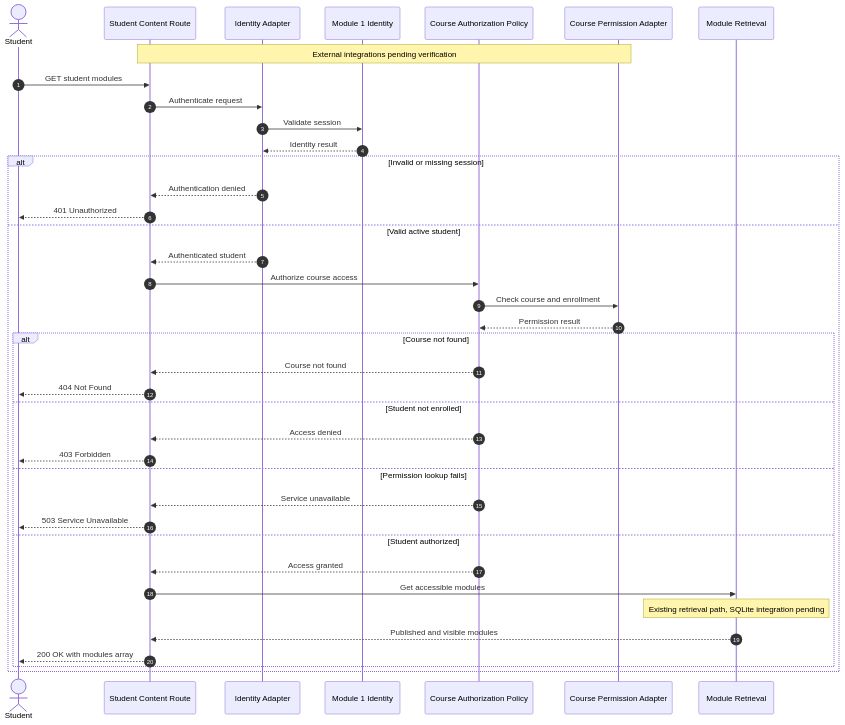
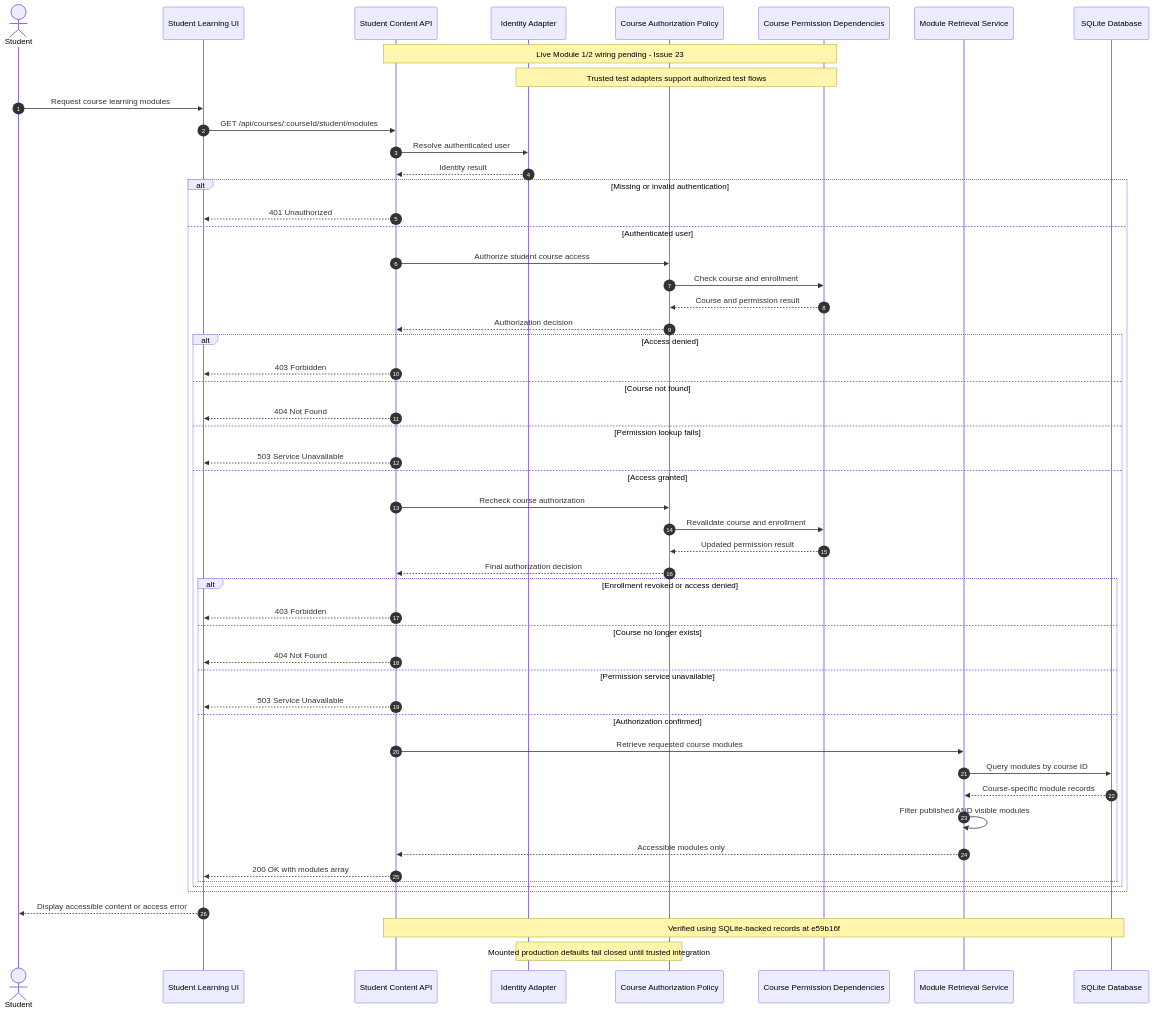
Before and after one commit to JaydevParmar7006/C3L: the diagram in src/modules/03-content/diagrams/sprint3-student-authorization-sequence.mmd, drawn with Mermaid. The commit also changed 1 other file, not shown here.

Commit message:
docs(content): update Sprint 3 architecture and authorization diagrams

```diff
--- a/src/modules/03-content/diagrams/sprint3-student-authorization-sequence.mmd
+++ b/src/modules/03-content/diagrams/sprint3-student-authorization-sequence.mmd
@@ -1,43 +1,60 @@
 sequenceDiagram
     autonumber
     actor Student
-    participant Route as Student Content Route
+    participant UI as Student Learning UI
+    participant Route as Student Content API
     participant Auth as Identity Adapter
-    participant Identity as Module 1 Identity
     participant Policy as Course Authorization Policy
-    participant Course as Course Permission Adapter
-    participant Modules as Module Retrieval
+    participant Course as Course Permission Dependencies
+    participant Service as Module Retrieval Service
+    participant DB as SQLite Database
 
-    Note over Route,Course: External integrations pending verification
+    Note over Route,Course: Live Module 1/2 wiring pending - Issue 23
+    Note over Auth,Course: Trusted test adapters support authorized test flows
 
-    Student->>Route: GET student modules
-    Route->>Auth: Authenticate request
-    Auth->>Identity: Validate session
-    Identity-->>Auth: Identity result
+    Student->>UI: Request course learning modules
+    UI->>Route: GET /api/courses/:courseId/student/modules
+    Route->>Auth: Resolve authenticated user
+    Auth-->>Route: Identity result
 
-    alt Invalid or missing session
-        Auth-->>Route: Authentication denied
-        Route-->>Student: 401 Unauthorized
-    else Valid active student
-        Auth-->>Route: Authenticated student
-        Route->>Policy: Authorize course access
+    alt Missing or invalid authentication
+        Route-->>UI: 401 Unauthorized
+    else Authenticated user
+        Route->>Policy: Authorize student course access
         Policy->>Course: Check course and enrollment
-        Course-->>Policy: Permission result
+        Course-->>Policy: Course and permission result
+        Policy-->>Route: Authorization decision
 
-        alt Course not found
-            Policy-->>Route: Course not found
-            Route-->>Student: 404 Not Found
-        else Student not enrolled
-            Policy-->>Route: Access denied
-            Route-->>Student: 403 Forbidden
+        alt Access denied
+            Route-->>UI: 403 Forbidden
+        else Course not found
+            Route-->>UI: 404 Not Found
         else Permission lookup fails
-            Policy-->>Route: Service unavailable
-            Route-->>Student: 503 Service Unavailable
-        else Student authorized
-            Policy-->>Route: Access granted
-            Route->>Modules: Get accessible modules
-            Note over Modules: Existing retrieval path, SQLite integration pending
-            Modules-->>Route: Published and visible modules
-            Route-->>Student: 200 OK with modules array
+            Route-->>UI: 503 Service Unavailable
+        else Access granted
+            Route->>Policy: Recheck course authorization
+            Policy->>Course: Revalidate course and enrollment
+            Course-->>Policy: Updated permission result
+            Policy-->>Route: Final authorization decision
+
+            alt Enrollment revoked or access denied
+                Route-->>UI: 403 Forbidden
+            else Course no longer exists
+                Route-->>UI: 404 Not Found
+            else Permission service unavailable
+                Route-->>UI: 503 Service Unavailable
+            else Authorization confirmed
+                Route->>Service: Retrieve requested course modules
+                Service->>DB: Query modules by course ID
+                DB-->>Service: Course-specific module records
+                Service->>Service: Filter published AND visible modules
+                Service-->>Route: Accessible modules only
+                Route-->>UI: 200 OK with modules array
+            end
         end
     end
+
+    UI-->>Student: Display accessible content or access error
+
+    Note over Route,DB: Verified using SQLite-backed records at e59b16f
+    Note over Auth,Policy: Mounted production defaults fail closed until trusted integration
```
